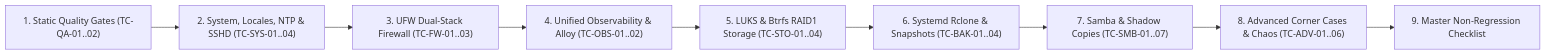
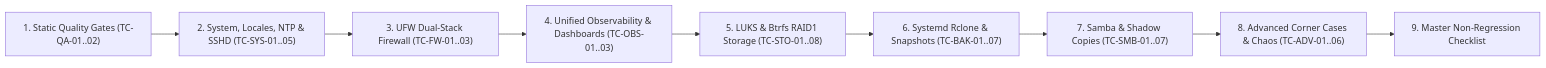
The diagram in docs/testing.md (desnoe/domus), drawn with Mermaid before and after one commit. The commit also changed other lines of this file and 28 other files, not shown here.

Commit message:
feat(dashboards,observability): implement declarative Grafana dashboards as code and enrich telemetry

````diff
--- a/docs/testing.md
+++ b/docs/testing.md
@@ -9,11 +9,11 @@
 ```mermaid
 flowchart LR
-    QA["1. Static Quality Gates (TC-QA-01..02)"] --> SYS["2. System, Locales, NTP & SSHD (TC-SYS-01..04)"]
+    QA["1. Static Quality Gates (TC-QA-01..02)"] --> SYS["2. System, Locales, NTP & SSHD (TC-SYS-01..05)"]
     SYS --> FW["3. UFW Dual-Stack Firewall (TC-FW-01..03)"]
-    FW --> OBS["4. Unified Observability & Alloy (TC-OBS-01..02)"]
-    OBS --> STO["5. LUKS & Btrfs RAID1 Storage (TC-STO-01..04)"]
-    STO --> BAK["6. Systemd Rclone & Snapshots (TC-BAK-01..04)"]
+    FW --> OBS["4. Unified Observability & Dashboards (TC-OBS-01..03)"]
+    OBS --> STO["5. LUKS & Btrfs RAID1 Storage (TC-STO-01..08)"]
+    STO --> BAK["6. Systemd Rclone & Snapshots (TC-BAK-01..07)"]
     BAK --> SMB["7. Samba & Shadow Copies (TC-SMB-01..07)"]
     SMB --> ADV["8. Advanced Corner Cases & Chaos (TC-ADV-01..06)"]
     ADV --> RUN["9. Master Non-Regression Checklist"]
 ```
````
